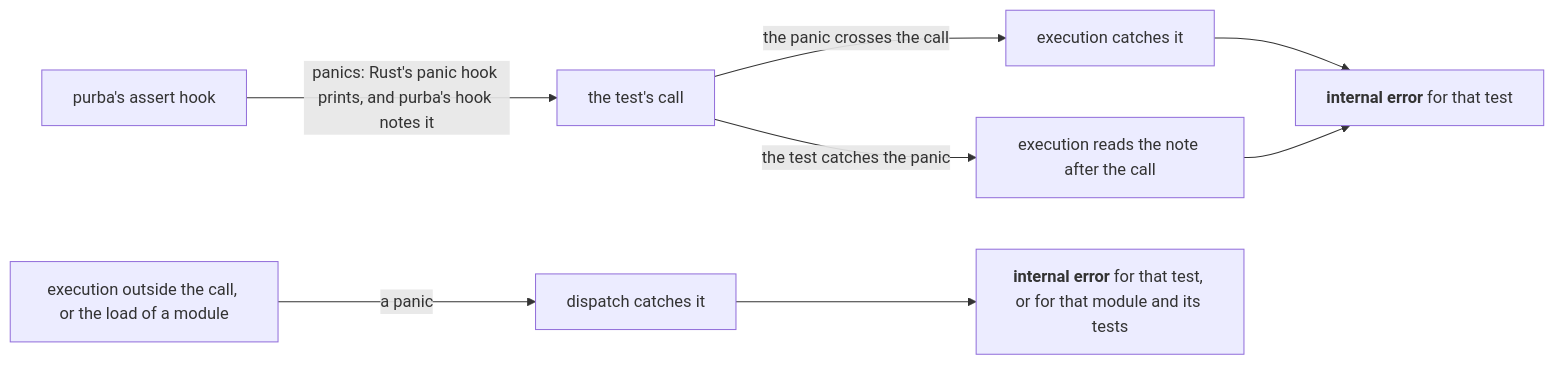
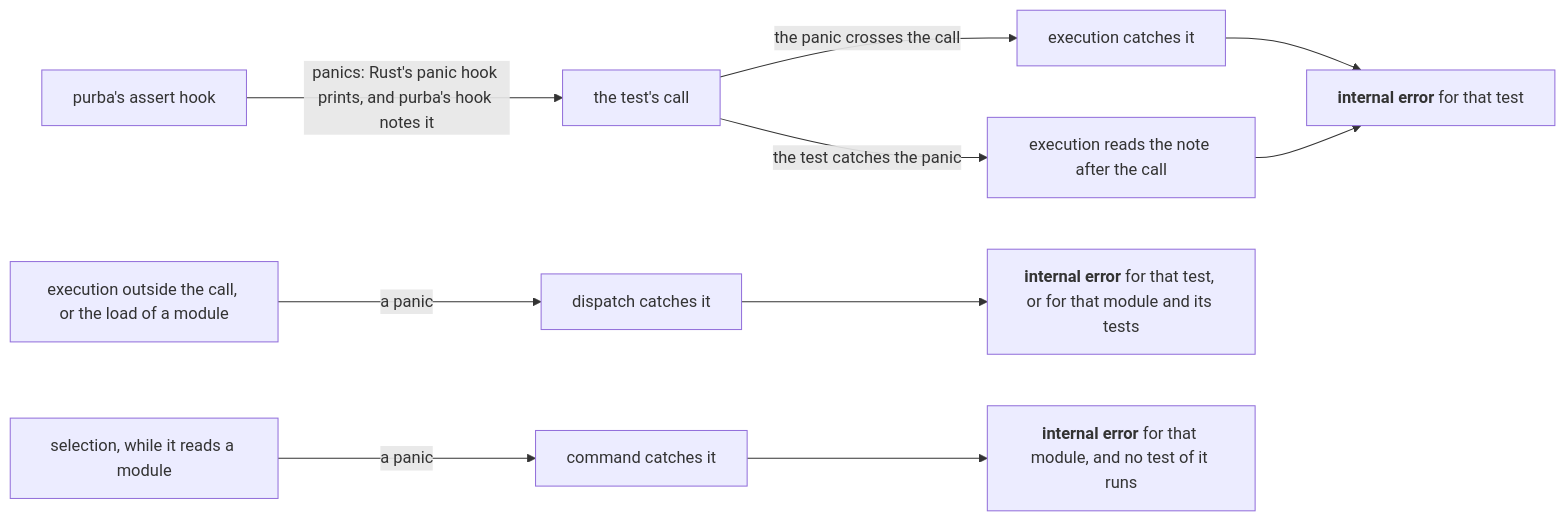
One commit to kalonji-tools/purba changed the diagram in docs/decisions/a-panic-inside-a-test-gives-that-test-an-internal-error.md. Above: the diagram before and after it, drawn with Mermaid. The commit also changed other lines of this file and 31 other files, not shown here.

First line of the commit message:
feat: a panic inside a test stops only that test (#729)

````diff
--- a/docs/decisions/a-panic-inside-a-test-gives-that-test-an-internal-error.md
+++ b/docs/decisions/a-panic-inside-a-test-gives-that-test-an-internal-error.md
@@ -34,10 +36,12 @@
 ```mermaid
 flowchart LR
   hook["purba's assert hook"] -- "panics: Rust's panic hook prints, and purba's hook notes it" --> testcall["the test's call"]
   testcall -- "the panic crosses the call" --> execution["execution catches it"]
   testcall -- "the test catches the panic" --> note["execution reads the note after the call"]
   other["execution outside the call, or the load of a module"] -- "a panic" --> dispatch["dispatch catches it"]
   execution --> test["<b>internal error</b> for that test"]
   note --> test
   dispatch --> either["<b>internal error</b> for that test, or for that module and its tests"]
+  selection["selection, while it reads a module"] -- "a panic" --> command["command catches it"]
+  command --> module["<b>internal error</b> for that module, and no test of it runs"]
 ```
````
